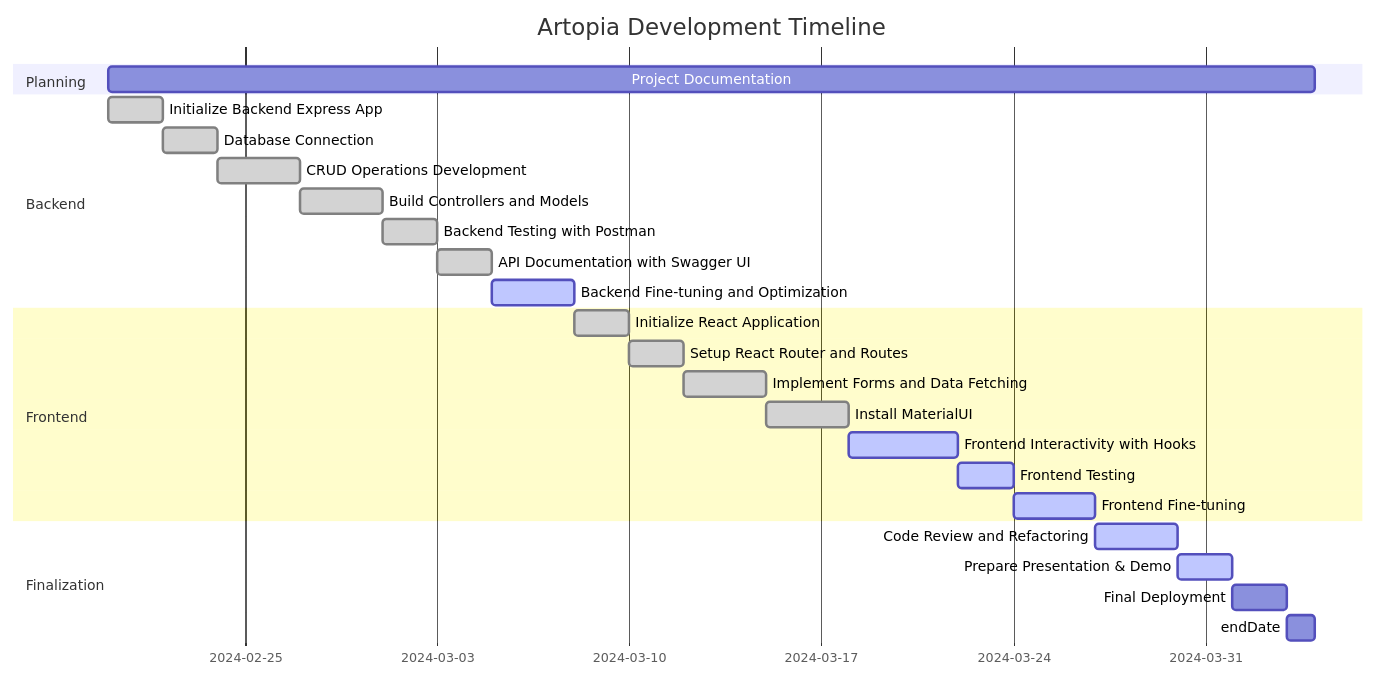
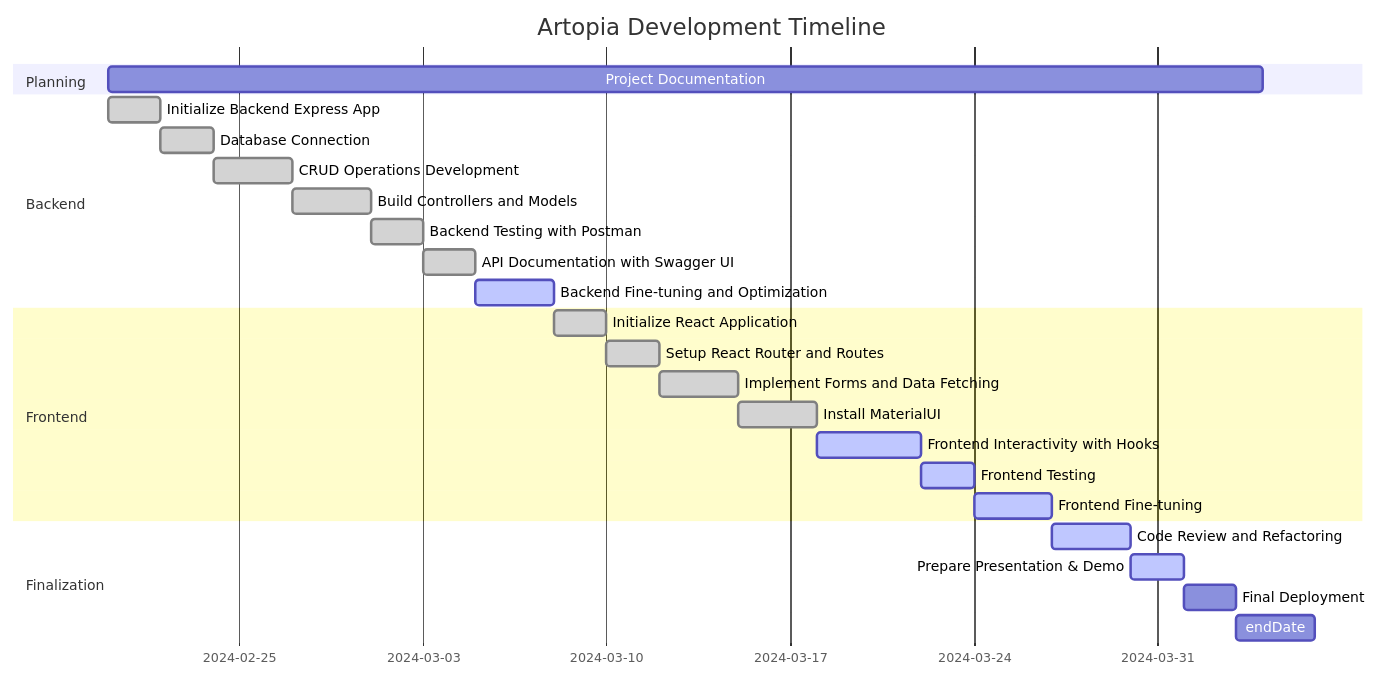
The diagram in Documents/Chart/gantt.md (institutedata/capstone-SimianPrimus), drawn with Mermaid before and after one commit.

Commit message:
Update gantt chart end date

````diff
--- a/Documents/Chart/gantt.md
+++ b/Documents/Chart/gantt.md
@@ -1,33 +1,33 @@
 ```mermaid
-    gantt 
+    gantt
     dateFormat  YYYY-MM-DD
     title Artopia Development Timeline
 
-    section Planning                    
+    section Planning
     Project Documentation               :doc1, 2024-02-20, 2024-04-04
 
     section Backend
     Initialize Backend Express App      :done,    b1, 2024-02-20, 2d
     Database Connection                 :done,    b2, after b1, 2d
     CRUD Operations Development         :done,    b3, after b2, 3d
     Build Controllers and Models        :done,    b4, after b3, 3d
     Backend Testing with Postman        :done,    b5, after b4, 2d
     API Documentation with Swagger UI   :done,    b6, after b5, 2d
     Backend Fine-tuning and Optimization:active,  b7, after b6, 3d
 
     section Frontend
     Initialize React Application        :done,    f1, after b7, 2d
     Setup React Router and Routes       :done,    f2, after f1, 2d
     Implement Forms and Data Fetching   :done,    f3, after f2, 3d
     Install MaterialUI                  :done,    f4, after f3, 3d
     Frontend Interactivity with Hooks   :active,  f5, after f4, 4d
     Frontend Testing                    :active,  f6, after f5, 2d
     Frontend Fine-tuning                :active,  f7, after f6, 3d
 
     section Finalization
     Code Review and Refactoring         :active,  cr, after f7, 3d
     Prepare Presentation & Demo         :active,  pd, after cr, 2d
     Final Deployment                    :         fd, after pd, 2d
 
-    endDate                             :         2024-04-04
+    endDate                             :         2024-04-06
 ```
````
